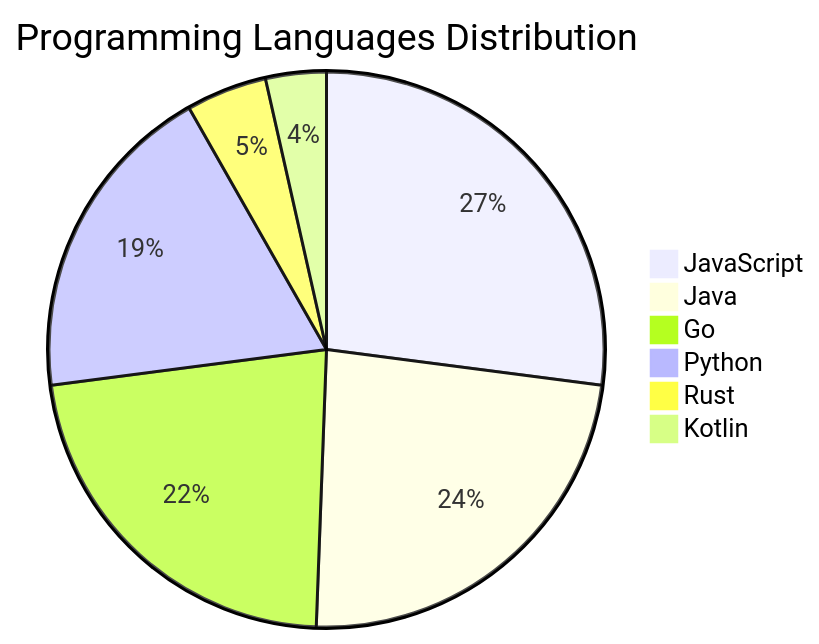
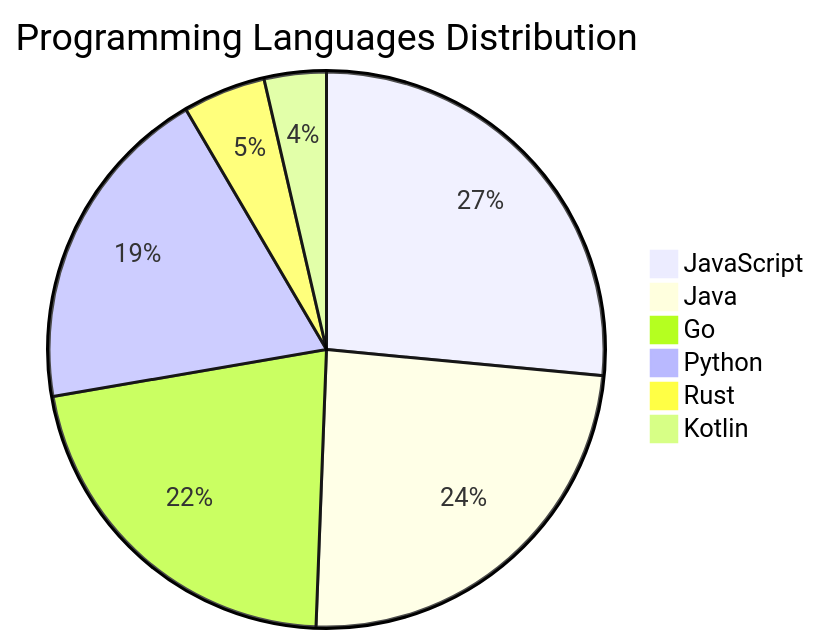
One commit to Derrick-MUGISHA/github-activity-bot changed the diagram in README.md. Above: the diagram before and after it, drawn with Mermaid. The commit also changed other lines of this file and 3 other files, not shown here.

````diff
--- a/README.md
+++ b/README.md
@@ -72,9 +72,9 @@
 ```mermaid
 pie title Programming Languages Distribution
-    "JavaScript" : 23
+    "JavaScript" : 22
     "Java" : 20
-    "Go" : 19
+    "Go" : 18
     "Python" : 16
     "Rust" : 4
     "Kotlin" : 3
 ```
````
